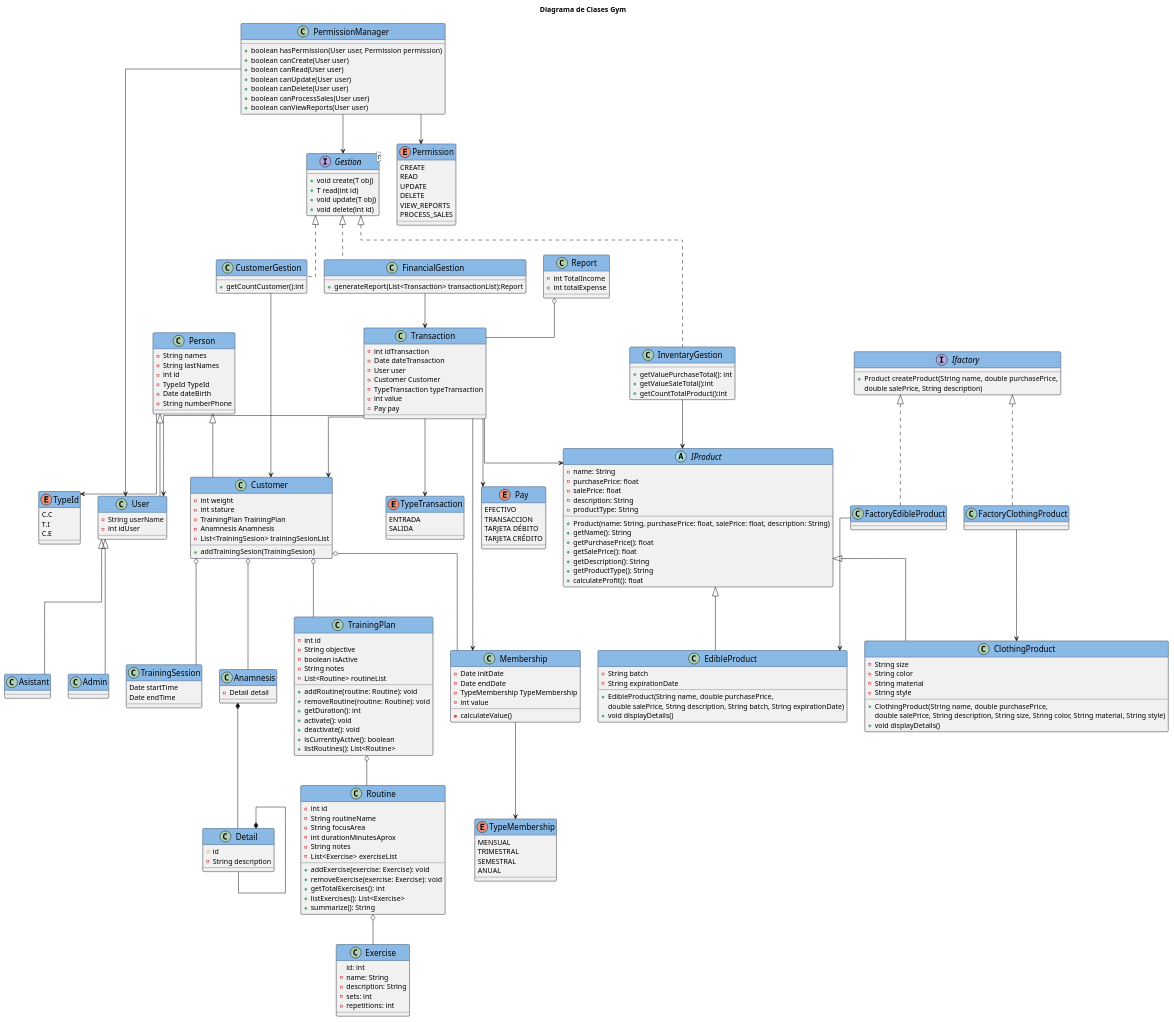
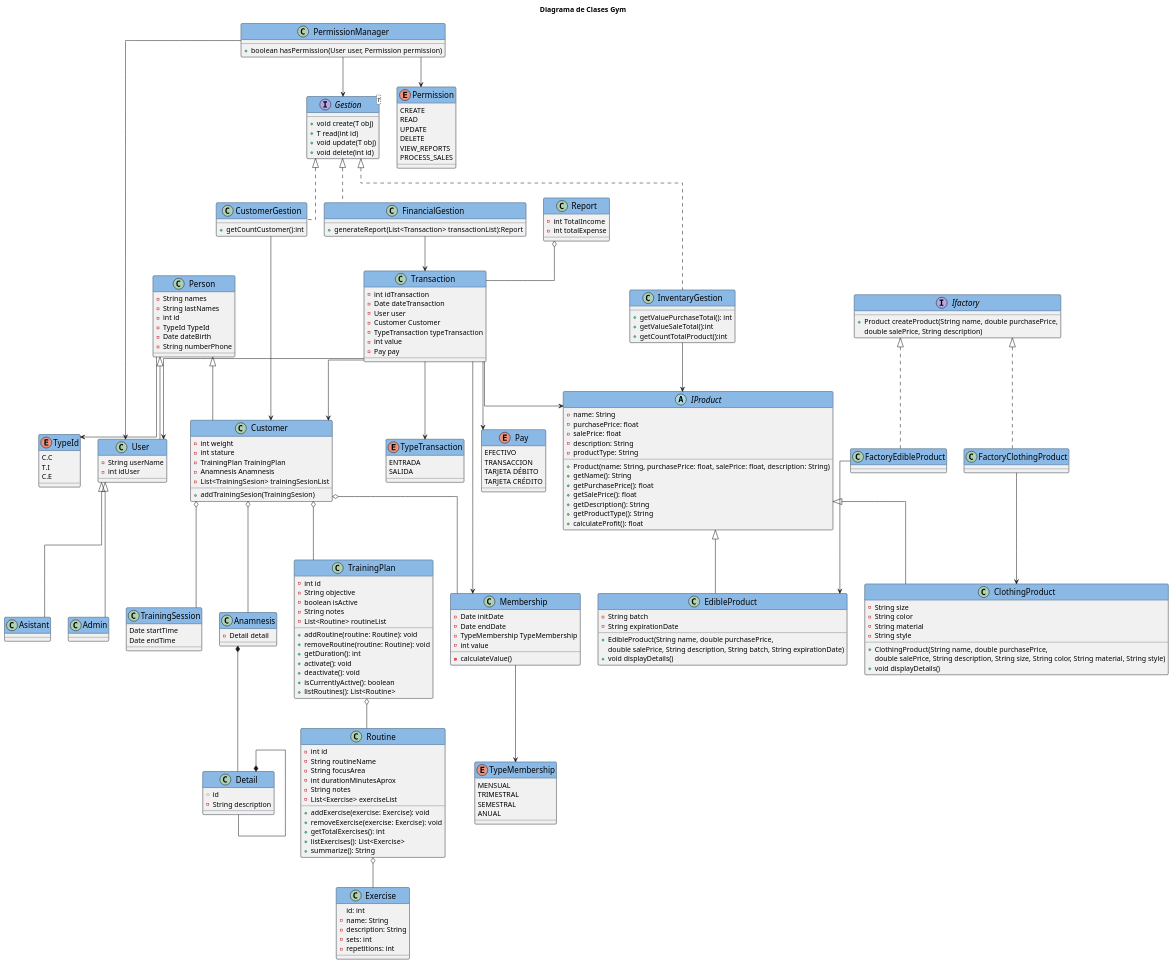
The diagram in modelos/clases.puml (brayanfu038/GymRepository), drawn with PlantUML before and after one commit.

Commit message:
Mejorando clase PermissionManager

```diff
--- a/modelos/clases.puml
+++ b/modelos/clases.puml
@@ -1,10 +1,6 @@
 @startuml
 title Diagrama de Clases Gym
-'! FALTA VERIFICAR COMO SE LE ASIGNAN LAS GESTIONES A 
-'! LOS USUARIOS 
-'!AGREGAR ATRIBUTOS Y MÉTODOS NECESARIOS A ADMIN, ASISTANT
-'! AGREGAR GETTERS SETTERS Y CONSTRUCTORES A TODAS LAS QUE FALTEN
-'! AGREGAR CARDINALIDADES
+
 
 ' ----- CLASES ----------
 class Person{
@@ -29,13 +25,7 @@
     PROCESS_SALES
 }
 class PermissionManager {
-    +boolean hasPermission(User user, Permission permission)
-    +boolean canCreate(User user)
-    +boolean canRead(User user)
-    +boolean canUpdate(User user)
-    +boolean canDelete(User user)
-    +boolean canProcessSales(User user)
-    +boolean canViewReports(User user)
+ +boolean hasPermission(User user, Permission permission)
 }
 class Customer{
     -int weight
```
